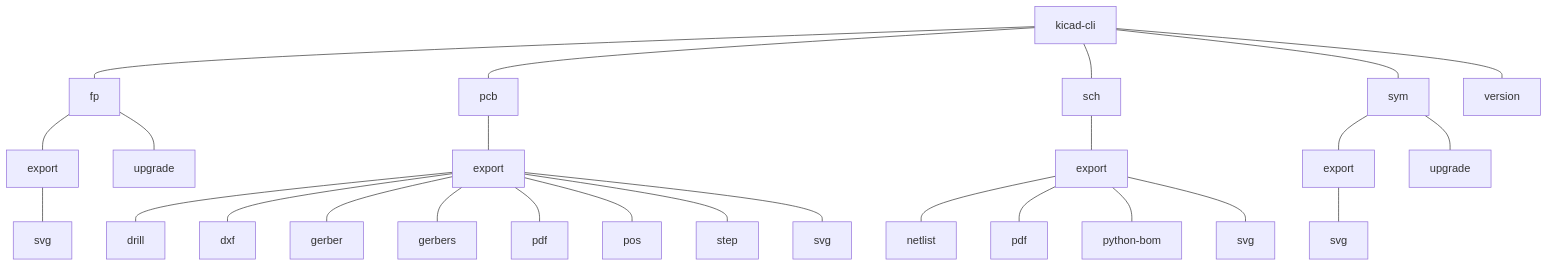
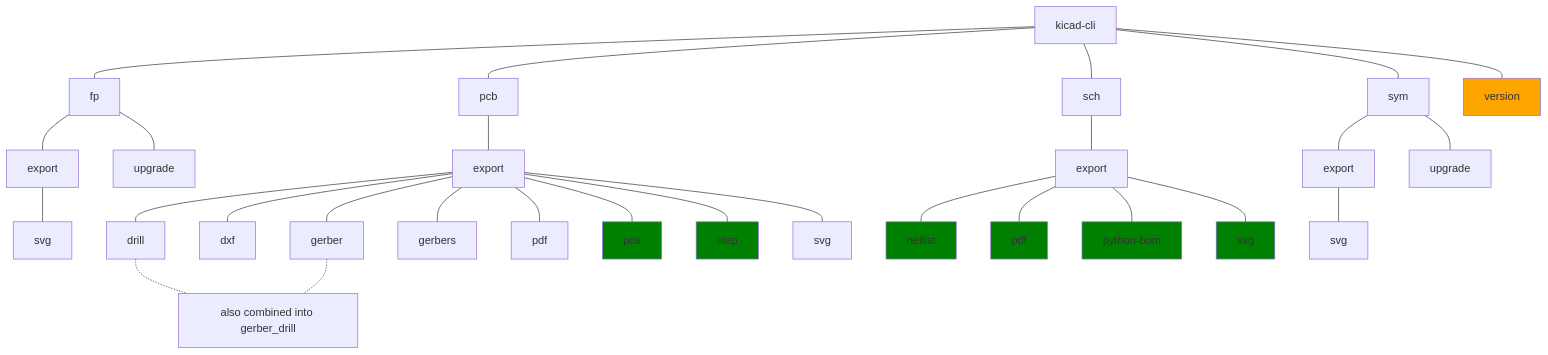
The first of 2 diagrams in README.md (actions-for-kicad/generate-kicad-files), drawn with Mermaid before and after one commit. The commit also changed other lines of this file and 4 other files, not shown here.

````diff
--- a/README.md
+++ b/README.md
@@ -5,46 +5,57 @@
 ```mermaid
 flowchart TD;
     main[kicad-cli]
     
     sub1[fp]
     sub1-1[export]
     sub1-1-1[svg]
     sub1-2[upgrade]
     
     sub2[pcb]
     sub2-1[export]
     sub2-1-1[drill]
     sub2-1-2[dxf]
     sub2-1-3[gerber]
     sub2-1-4[gerbers]
     sub2-1-5[pdf]
     sub2-1-6[pos]
     sub2-1-7[step]
     sub2-1-8[svg]
     
     sub3[sch]
     sub3-1[export]
     sub3-1-1[netlist]
     sub3-1-2[pdf]
     sub3-1-3[python-bom]
     sub3-1-4[svg]
     
     sub4[sym]
     sub4-1[export]
     sub4-1-1[svg]
     sub4-2[upgrade]
 
     sub5[version]
 
+    style sub2-1-6 fill:green
+    style sub2-1-7 fill:green
+
+    style sub3-1-1 fill:green
+    style sub3-1-2 fill:green
+    style sub3-1-3 fill:green
+    style sub3-1-4 fill:green
+    style sub5 fill:orange
+
     main --- sub1 & sub2 & sub3 & sub4 & sub5
     
     sub1 --- sub1-1 & sub1-2
     sub1-1 --- sub1-1-1
     
     sub2 --- sub2-1 --- sub2-1-1 & sub2-1-2 & sub2-1-3 & sub2-1-4 & sub2-1-5 & sub2-1-6 & sub2-1-7 & sub2-1-8
 
+    sub2-1-1 & sub2-1-3 -.- gerber_drill["also combined into gerber_drill"]
+
     sub3 --- sub3-1 --- sub3-1-1 & sub3-1-2 & sub3-1-3 & sub3-1-4
 
     sub4 --- sub4-1 & sub4-2
     sub4-1 --- sub4-1-1
 ```
````
